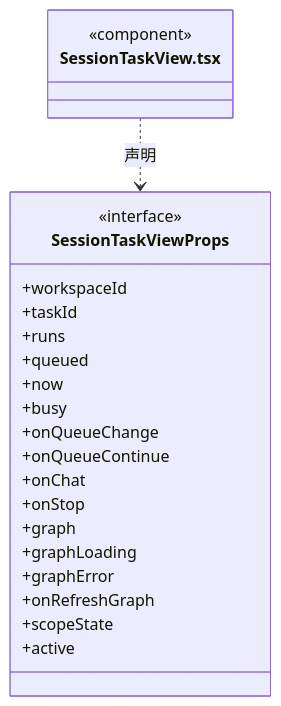
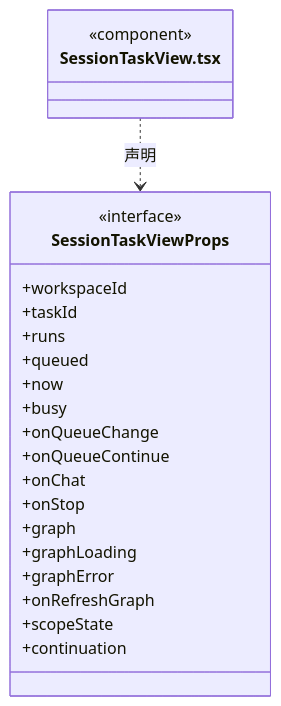
Before and after one commit to nan023062/cbim: diagram 24 of 38 in src/frontend/tasks/ARCHITECTURE.md, drawn with Mermaid. The commit also changed other lines of this file and 60 other files, not shown here.

````diff
--- a/src/frontend/tasks/ARCHITECTURE.md
+++ b/src/frontend/tasks/ARCHITECTURE.md
@@ -355,26 +485,26 @@
 ```mermaid
 classDiagram
 class N_src_frontend_tasks_SessionTaskView_tsx["SessionTaskView.tsx"] {
   <<component>>
 }
 class N_src_frontend_tasks_SessionTaskView_tsx_SessionTaskViewProps["SessionTaskViewProps"] {
   <<interface>>
   +workspaceId
   +taskId
   +runs
   +queued
   +now
   +busy
   +onQueueChange
   +onQueueContinue
   +onChat
   +onStop
   +graph
   +graphLoading
   +graphError
   +onRefreshGraph
   +scopeState
-  +active
+  +continuation
 }
 N_src_frontend_tasks_SessionTaskView_tsx ..> N_src_frontend_tasks_SessionTaskView_tsx_SessionTaskViewProps : 声明
 ```
````
